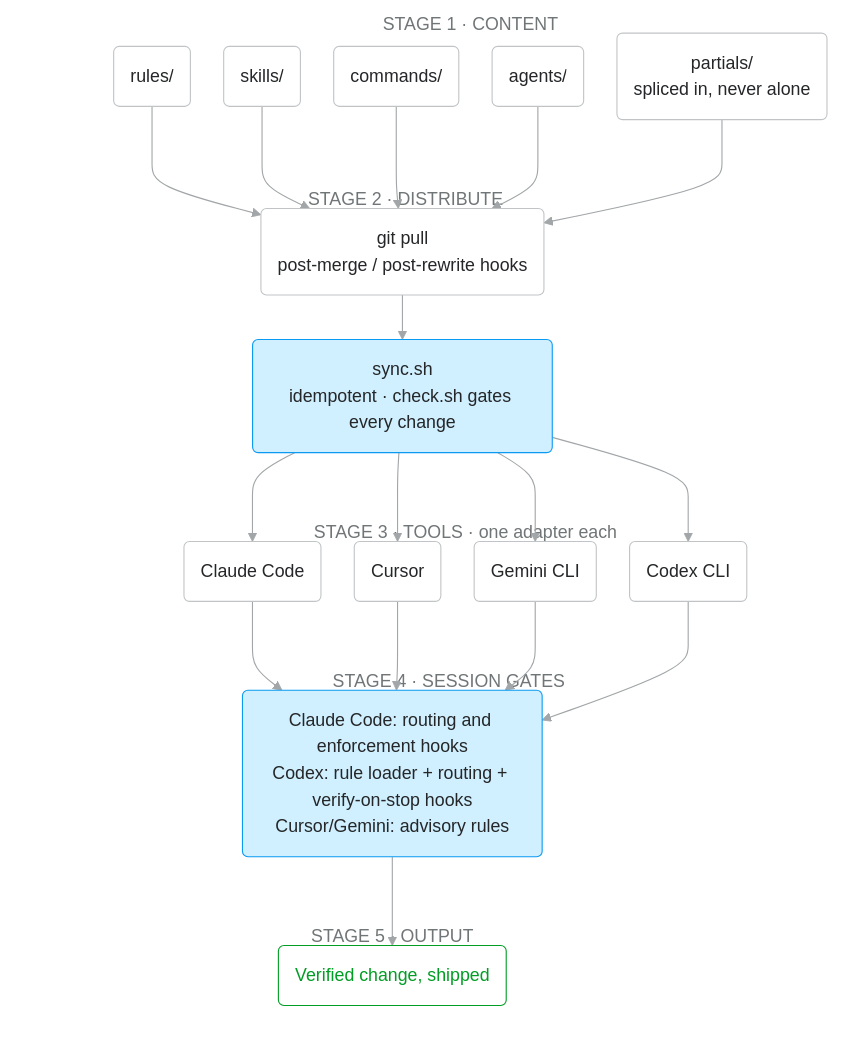
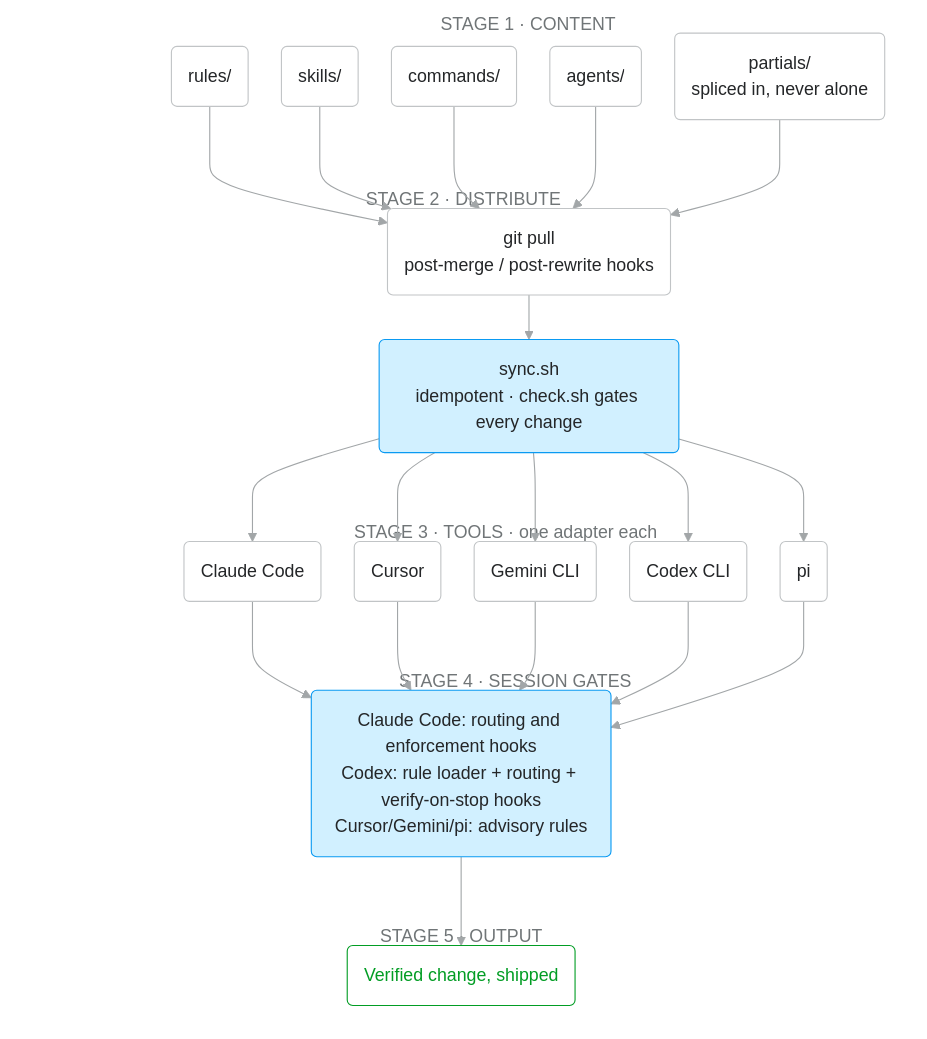
Before and after one commit to raditia/CraftKit: the first of 14 diagrams in README.md, drawn with Mermaid. The commit also changed other lines of this file and 5 other files, not shown here.

````diff
--- a/README.md
+++ b/README.md
@@ -168,63 +168,64 @@
 ```mermaid
 ---
 config:
   theme: base
   look: classic
   fontFamily: "-apple-system, BlinkMacSystemFont, Segoe UI, Helvetica, Arial, sans-serif"
   themeVariables:
     fontFamily: "-apple-system, BlinkMacSystemFont, Segoe UI, Helvetica, Arial, sans-serif"
     fontSize: 16px
     primaryColor: "#FFFFFF"
     primaryBorderColor: "#C1C4C6"
     primaryTextColor: "#242628"
     lineColor: "#A2A6A8"
     clusterBkg: "#F5FBFF"
     clusterBorder: "#F0F1F2"
     titleColor: "#707577"
     edgeLabelBackground: "#FFFFFF"
   flowchart:
     curve: basis
     wrappingWidth: 240
     nodeSpacing: 30
     rankSpacing: 40
 ---
 flowchart TB
     subgraph S1["STAGE 1 · CONTENT"]
         c1("rules/")
         c2("skills/")
         c3("commands/")
         c4("agents/")
         c5("partials/<br/>spliced in, never alone")
     end
     subgraph S2["STAGE 2 · DISTRIBUTE"]
         pull("git pull<br/>post-merge / post-rewrite hooks") --> sync("sync.sh<br/>idempotent · check.sh gates every change")
     end
     subgraph S3["STAGE 3 · TOOLS · one adapter each"]
         t1("Claude Code")
         t2("Cursor")
         t3("Gemini CLI")
         t4("Codex CLI")
+        t5("pi")
     end
     subgraph S4["STAGE 4 · SESSION GATES"]
-        gates("Claude Code: routing and enforcement hooks<br/>Codex: rule loader + routing + verify-on-stop hooks<br/>Cursor/Gemini: advisory rules")
+        gates("Claude Code: routing and enforcement hooks<br/>Codex: rule loader + routing + verify-on-stop hooks<br/>Cursor/Gemini/pi: advisory rules")
     end
     subgraph S5["STAGE 5 · OUTPUT"]
         out("Verified change, shipped")
     end
     c1 & c2 & c3 & c4 & c5 --> pull
-    sync --> t1 & t2 & t3 & t4
-    t1 & t2 & t3 & t4 --> gates
+    sync --> t1 & t2 & t3 & t4 & t5
+    t1 & t2 & t3 & t4 & t5 --> gates
     gates --> out
 
     classDef n fill:#FFFFFF,stroke:#C1C4C6,color:#242628
     classDef key fill:#D1F0FF,stroke:#0A9AF2,color:#242628
     classDef ok fill:#FFFFFF,stroke:#029D24,color:#029D24
-    class c1,c2,c3,c4,c5,pull,t1,t2,t3,t4 n
+    class c1,c2,c3,c4,c5,pull,t1,t2,t3,t4,t5 n
     class sync,gates key
     class out ok
     style S1 fill:transparent,stroke:transparent
     style S2 fill:transparent,stroke:transparent
     style S3 fill:transparent,stroke:transparent
     style S4 fill:transparent,stroke:transparent
     style S5 fill:transparent,stroke:transparent
 ```
````
